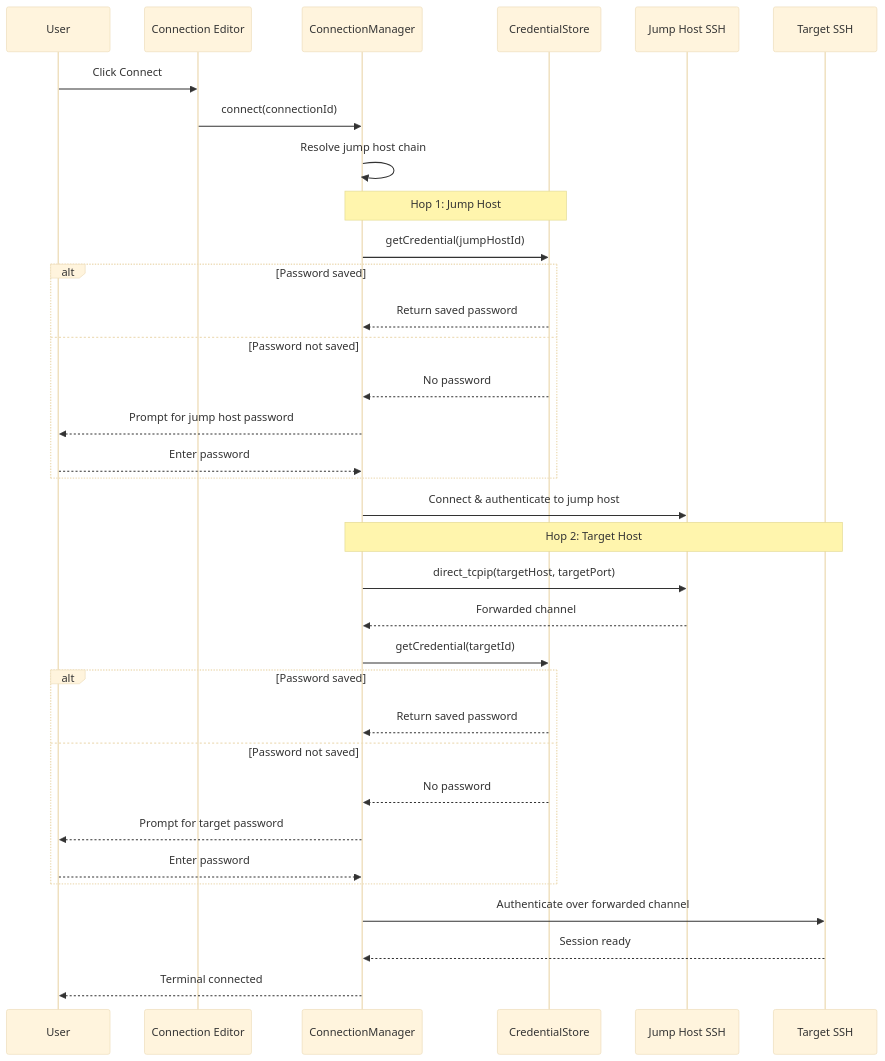
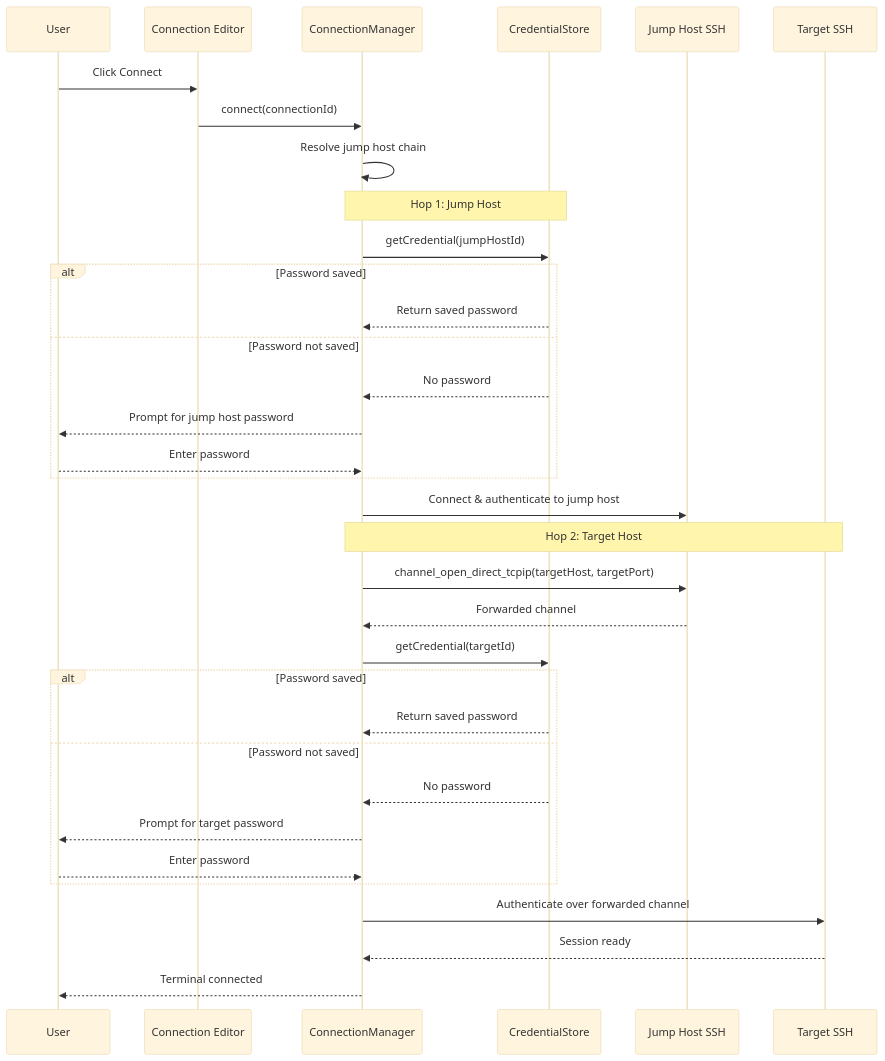
One commit to armaxri/termiHub changed the second of 9 diagrams in docs/concepts/backlog/ssh-jump-host/behavior.md. Above: the diagram before and after it, drawn with Mermaid (base theme). The commit also changed other lines of this file and 2 other files, not shown here.

First line of the commit message:
docs(concept): align SSH jump-host concept with russh + add ProxyJump details (Closes #872)

````diff
--- a/docs/concepts/backlog/ssh-jump-host/behavior.md
+++ b/docs/concepts/backlog/ssh-jump-host/behavior.md
@@ -40,40 +40,40 @@
 ```mermaid
 sequenceDiagram
     participant User
     participant UI as Connection Editor
     participant CM as ConnectionManager
     participant CS as CredentialStore
     participant SSH1 as Jump Host SSH
     participant SSH2 as Target SSH
 
     User->>UI: Click Connect
     UI->>CM: connect(connectionId)
     CM->>CM: Resolve jump host chain
 
     Note over CM,CS: Hop 1: Jump Host
     CM->>CS: getCredential(jumpHostId)
     alt Password saved
         CS-->>CM: Return saved password
     else Password not saved
         CS-->>CM: No password
         CM-->>User: Prompt for jump host password
         User-->>CM: Enter password
     end
     CM->>SSH1: Connect & authenticate to jump host
 
     Note over CM,SSH2: Hop 2: Target Host
-    CM->>SSH1: direct_tcpip(targetHost, targetPort)
+    CM->>SSH1: channel_open_direct_tcpip(targetHost, targetPort)
     SSH1-->>CM: Forwarded channel
     CM->>CS: getCredential(targetId)
     alt Password saved
         CS-->>CM: Return saved password
     else Password not saved
         CS-->>CM: No password
         CM-->>User: Prompt for target password
         User-->>CM: Enter password
     end
     CM->>SSH2: Authenticate over forwarded channel
 
     SSH2-->>CM: Session ready
     CM-->>User: Terminal connected
 ```
````
